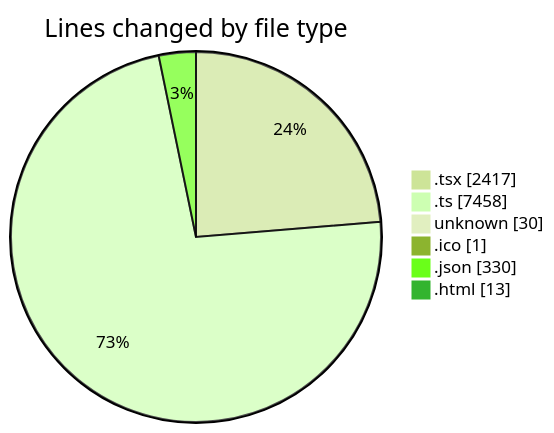
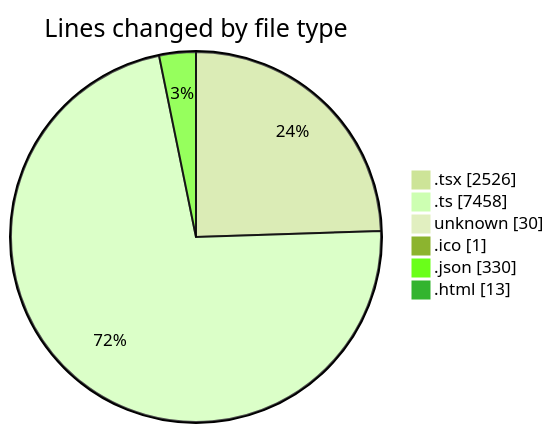
Before and after one commit to JenPaints/code-tracking: the first of 2 diagrams in 2025-06-20/modeljsondesigner/README.md, drawn with Mermaid (forest theme). The commit also changed other lines of this file and 1 other file, not shown here.

````diff
--- a/2025-06-20/modeljsondesigner/README.md
+++ b/2025-06-20/modeljsondesigner/README.md
@@ -34,10 +34,10 @@
 ```mermaid
 pie showData
 title Lines changed by file type
-".tsx" : 2417
+".tsx" : 2526
 ".ts" : 7458
 "unknown" : 30
 ".ico" : 1
 ".json" : 330
 ".html" : 13
 ```
````
